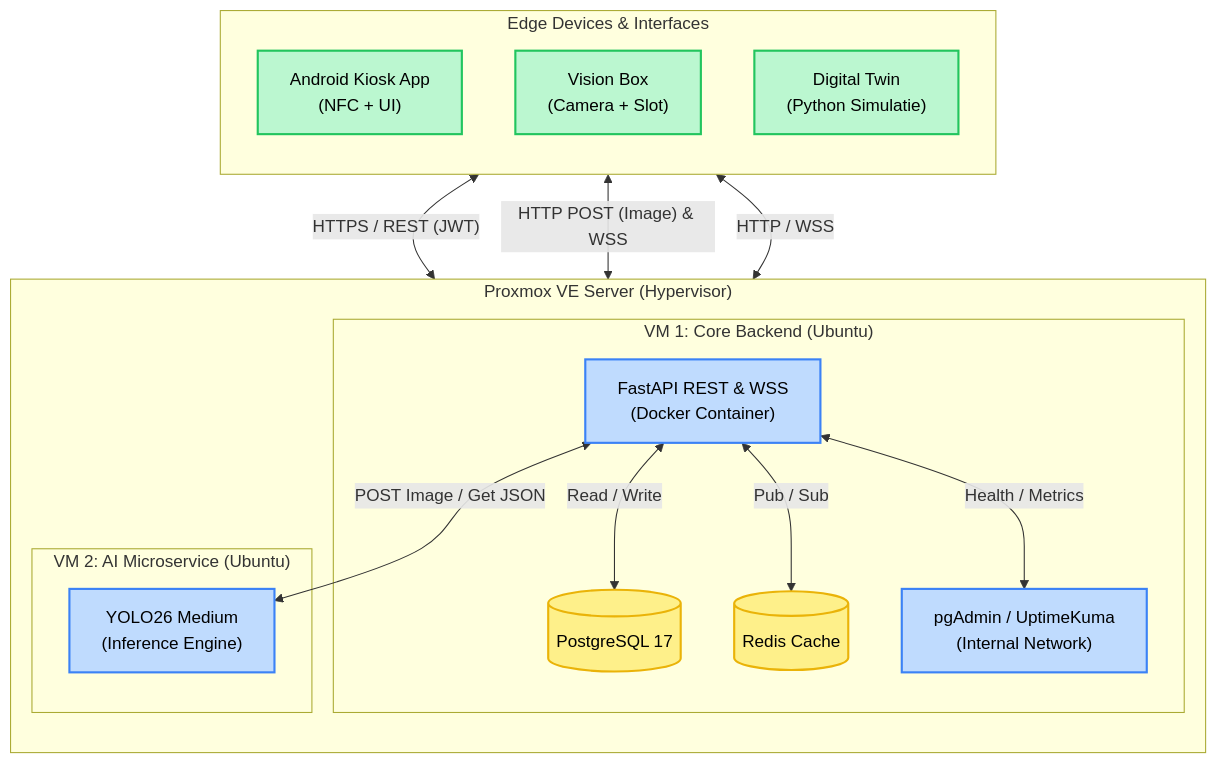
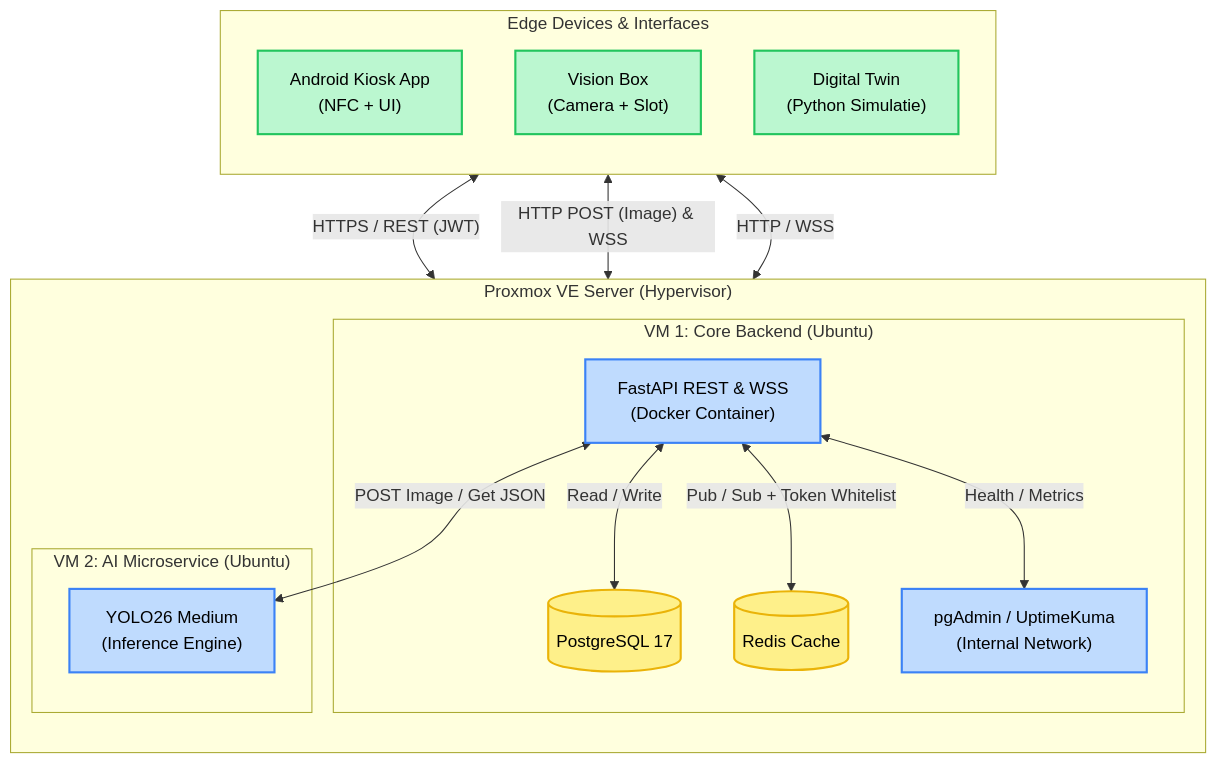
The diagram in docs/architecture_physical.mmd (easylend-practice-enterprise/easylend), drawn with Mermaid before and after one commit. The commit also changed 4 other files, not shown here.

Commit message:
docs: update architecture diagrams and workflows for Redis refresh token logic

```diff
--- a/docs/architecture_physical.mmd
+++ b/docs/architecture_physical.mmd
@@ -1,37 +1,37 @@
 flowchart TD
     %% STIJLEN
     classDef container fill:#bfdbfe,stroke:#3b82f6,stroke-width:2px,color:#000;
     classDef db fill:#fef08a,stroke:#eab308,stroke-width:2px,color:#000;
     classDef edge fill:#bbf7d0,stroke:#22c55e,stroke-width:2px,color:#000;
 
     subgraph Edge ["Edge Devices & Interfaces"]
         direction TB
         K["Android Kiosk App<br/>(NFC + UI)"]:::edge
         V["Vision Box<br/>(Camera + Slot)"]:::edge
         S["Digital Twin<br/>(Python Simulatie)"]:::edge
     end
 
     subgraph Proxmox ["Proxmox VE Server (Hypervisor)"]
         direction TB
         
         subgraph VM1 ["VM 1: Core Backend (Ubuntu)"]
             API["FastAPI REST & WSS<br/>(Docker Container)"]:::container
             DB[("PostgreSQL 17")]:::db
             REDIS[("Redis Cache")]:::db
             MONITOR["pgAdmin / UptimeKuma<br/>(Internal Network)"]:::container
         end
 
         subgraph VM2 ["VM 2: AI Microservice (Ubuntu)"]
             YOLO["YOLO26 Medium<br/>(Inference Engine)"]:::container
         end
     end
 
     %% Connections
     K <-->|"HTTPS / REST (JWT)"| API
     V <-->|"HTTP POST (Image) & WSS"| API
     S <-->|"HTTP / WSS"| API
     
     API <-->|"Read / Write"| DB
-    API <-->|"Pub / Sub"| REDIS
+    API <-->|"Pub / Sub + Token Whitelist"| REDIS
     API <-->|"POST Image / Get JSON"| YOLO
     API <-->|"Health / Metrics"| MONITOR
```
